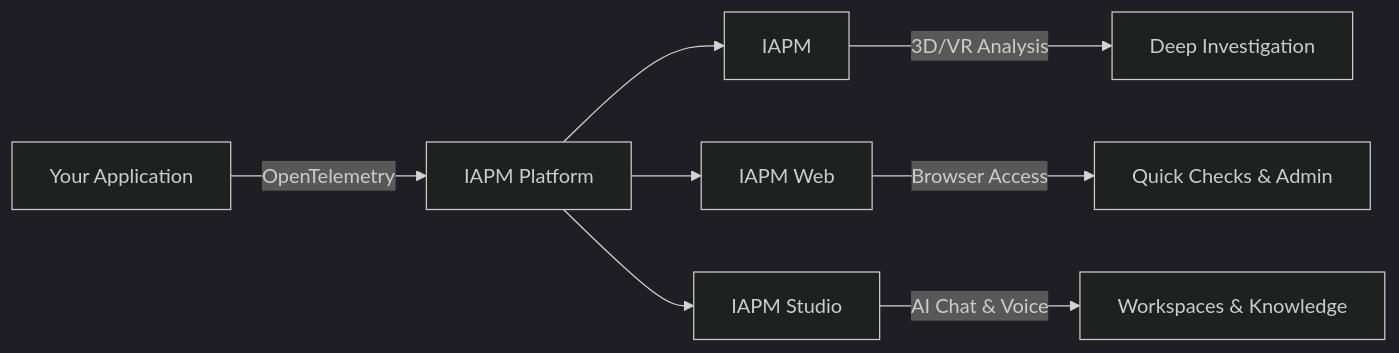
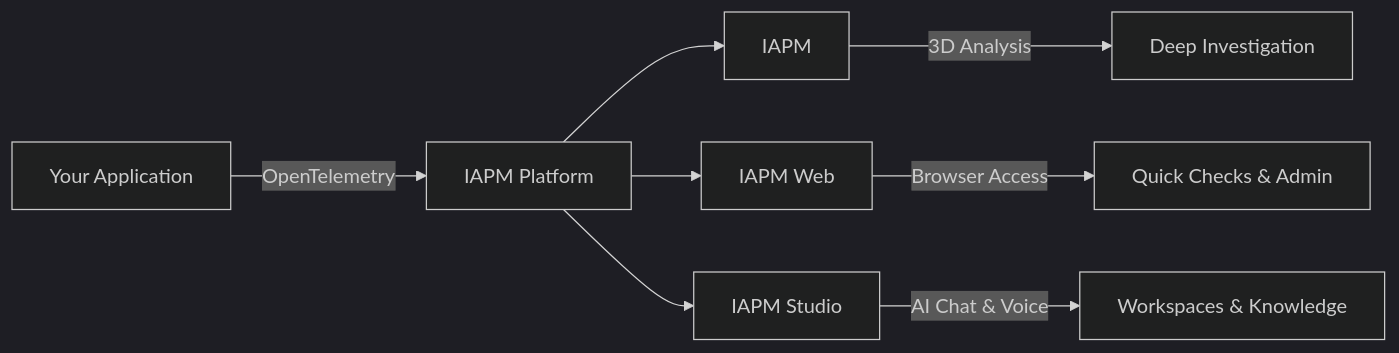
The diagram in docs/DC/index.md (ImmersiveFusion/if-apm-documentation-http), drawn with Mermaid (dark theme) before and after one commit. The commit also changed other lines of this file and 10 other files, not shown here.

````diff
--- a/docs/DC/index.md
+++ b/docs/DC/index.md
@@ -67,10 +65,10 @@
 ```mermaid
 graph LR
     A[Your Application] -->|OpenTelemetry| B[IAPM Platform]
     B --> C[IAPM]
     B --> D[IAPM Web]
     B --> G[IAPM Studio]
-    C -->|3D/VR Analysis| E[Deep Investigation]
+    C -->|3D Analysis| E[Deep Investigation]
     D -->|Browser Access| F[Quick Checks & Admin]
     G -->|AI Chat & Voice| H[Workspaces & Knowledge]
 ```
````
